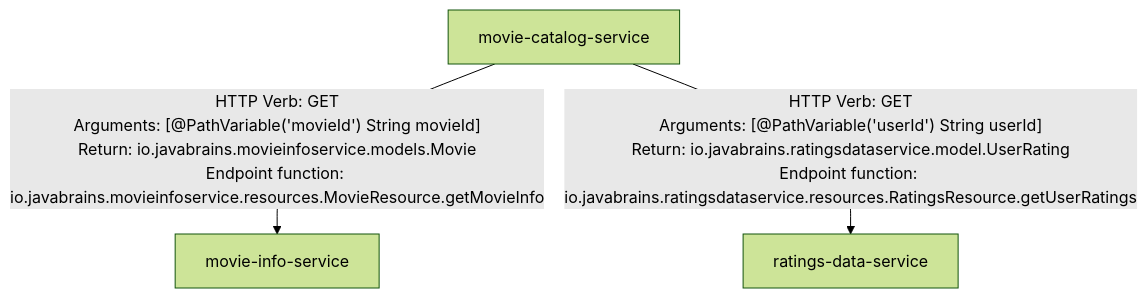
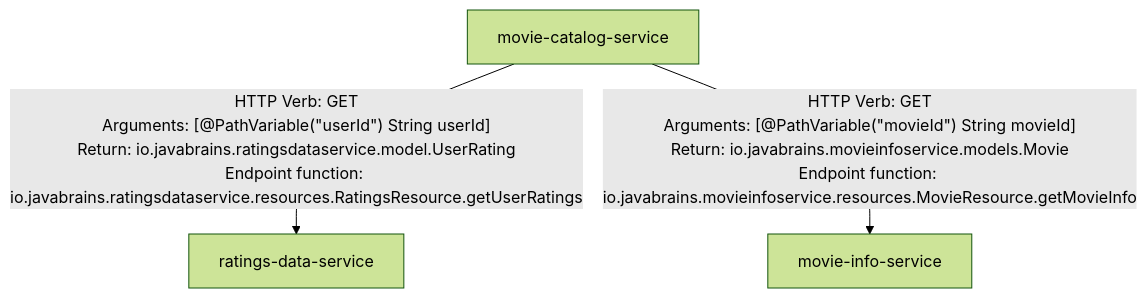
Before and after one commit to M3SOulu/EMSE2025SAR-Replication: the diagram in spring-boot-microservices-workshop-output/prophet-processed.mmd, drawn with Mermaid (forest theme). The commit also changed other lines of this file and 19 other files, not shown here.

```diff
--- a/spring-boot-microservices-workshop-output/prophet-processed.mmd
+++ b/spring-boot-microservices-workshop-output/prophet-processed.mmd
@@ -1,3 +1,3 @@
 graph TD
-    movie-catalog-service-->|"HTTP Verb: GET<br/>Arguments: [@PathVariable('movieId') String movieId]<br/>Return: io.javabrains.movieinfoservice.models.Movie<br/>Endpoint function: io.javabrains.movieinfoservice.resources.MovieResource.getMovieInfo"|movie-info-service
-    movie-catalog-service-->|"HTTP Verb: GET<br/>Arguments: [@PathVariable('userId') String userId]<br/>Return: io.javabrains.ratingsdataservice.model.UserRating<br/>Endpoint function: io.javabrains.ratingsdataservice.resources.RatingsResource.getUserRatings"|ratings-data-service
+movie-catalog-service-->|"HTTP Verb: GET<br/>Arguments: [@PathVariable(#quot;userId#quot;) String userId]<br/>Return: io.javabrains.ratingsdataservice.model.UserRating<br/>Endpoint function: io.javabrains.ratingsdataservice.resources.RatingsResource.getUserRatings"|ratings-data-service
+movie-catalog-service-->|"HTTP Verb: GET<br/>Arguments: [@PathVariable(#quot;movieId#quot;) String movieId]<br/>Return: io.javabrains.movieinfoservice.models.Movie<br/>Endpoint function: io.javabrains.movieinfoservice.resources.MovieResource.getMovieInfo"|movie-info-service
```
